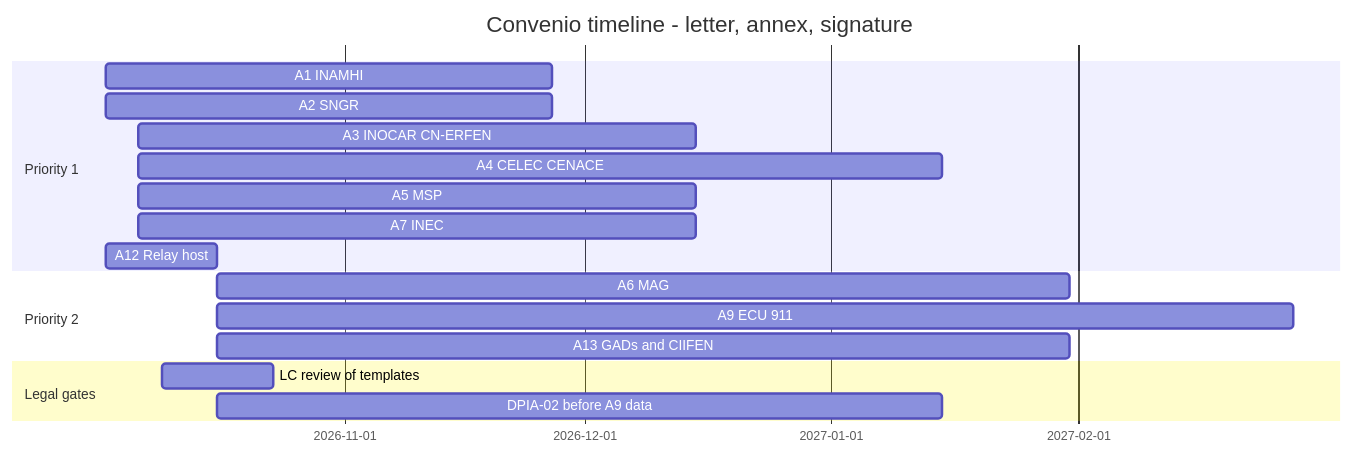
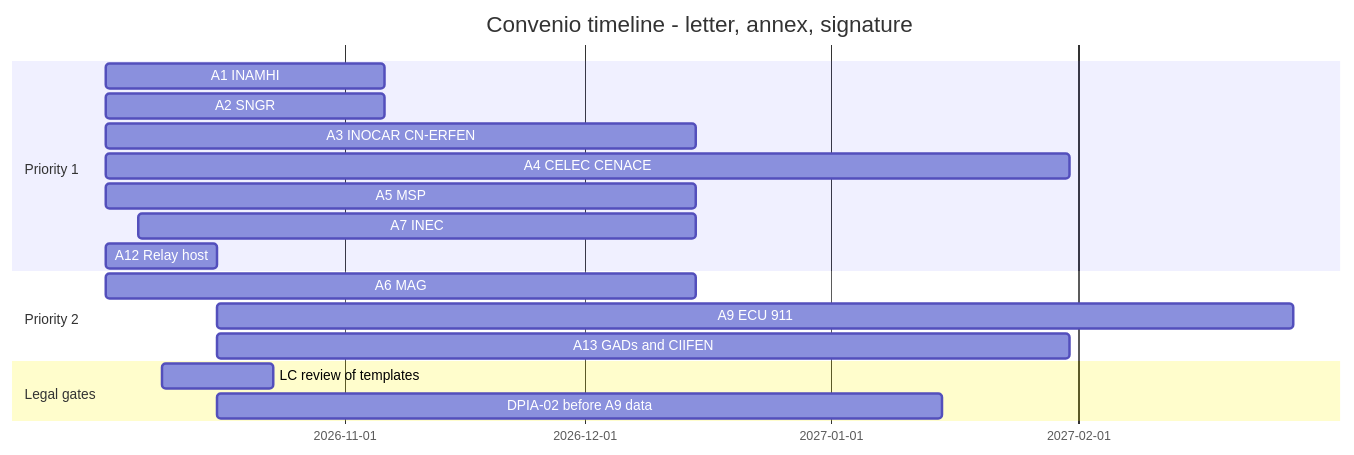
Before and after one commit to mcastroarroyo/weathernext: the third of 5 diagrams in docs/13-governance-legal-risk.md, drawn with Mermaid. The commit also changed other lines of this file, not shown here.

````diff
--- a/docs/13-governance-legal-risk.md
+++ b/docs/13-governance-legal-risk.md
@@ -766,20 +775,20 @@
 ```mermaid
 gantt
   title Convenio timeline - letter, annex, signature
   dateFormat YYYY-MM-DD
   section Priority 1
-  A1 INAMHI            :a1, 2026-10-02, 2026-11-27
-  A2 SNGR              :a2, 2026-10-02, 2026-11-27
-  A3 INOCAR CN-ERFEN   :a3, 2026-10-06, 2026-12-15
-  A4 CELEC CENACE      :a4, 2026-10-06, 2027-01-15
-  A5 MSP               :a5, 2026-10-06, 2026-12-15
+  A1 INAMHI            :a1, 2026-10-02, 2026-11-06
+  A2 SNGR              :a2, 2026-10-02, 2026-11-06
+  A3 INOCAR CN-ERFEN   :a3, 2026-10-02, 2026-12-15
+  A4 CELEC CENACE      :a4, 2026-10-02, 2027-01-31
+  A5 MSP               :a5, 2026-10-02, 2026-12-15
   A7 INEC              :a7, 2026-10-06, 2026-12-15
   A12 Relay host       :a12, 2026-10-02, 2026-10-16
   section Priority 2
-  A6 MAG               :a6, 2026-10-16, 2027-01-31
+  A6 MAG               :a6, 2026-10-02, 2026-12-15
   A9 ECU 911           :a9, 2026-10-16, 2027-02-28
   A13 GADs and CIIFEN  :a13, 2026-10-16, 2027-01-31
   section Legal gates
   LC review of templates   :lc, 2026-10-09, 2026-10-23
   DPIA-02 before A9 data   :dp, 2026-10-16, 2027-01-15
 ```
````
